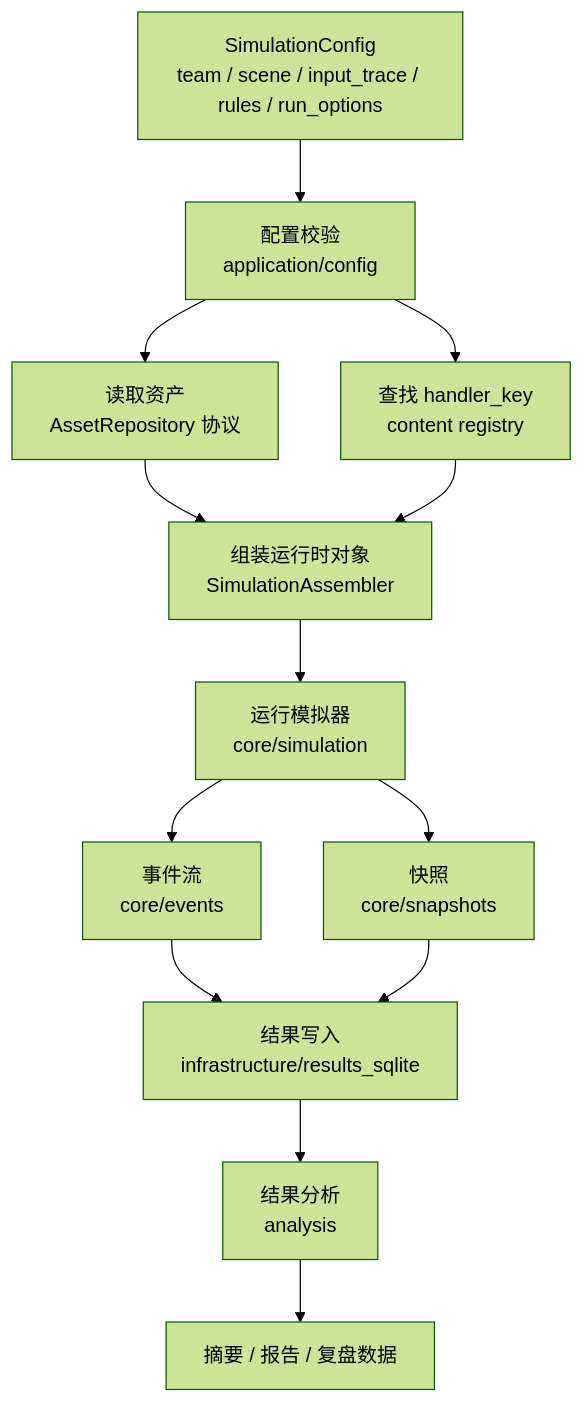
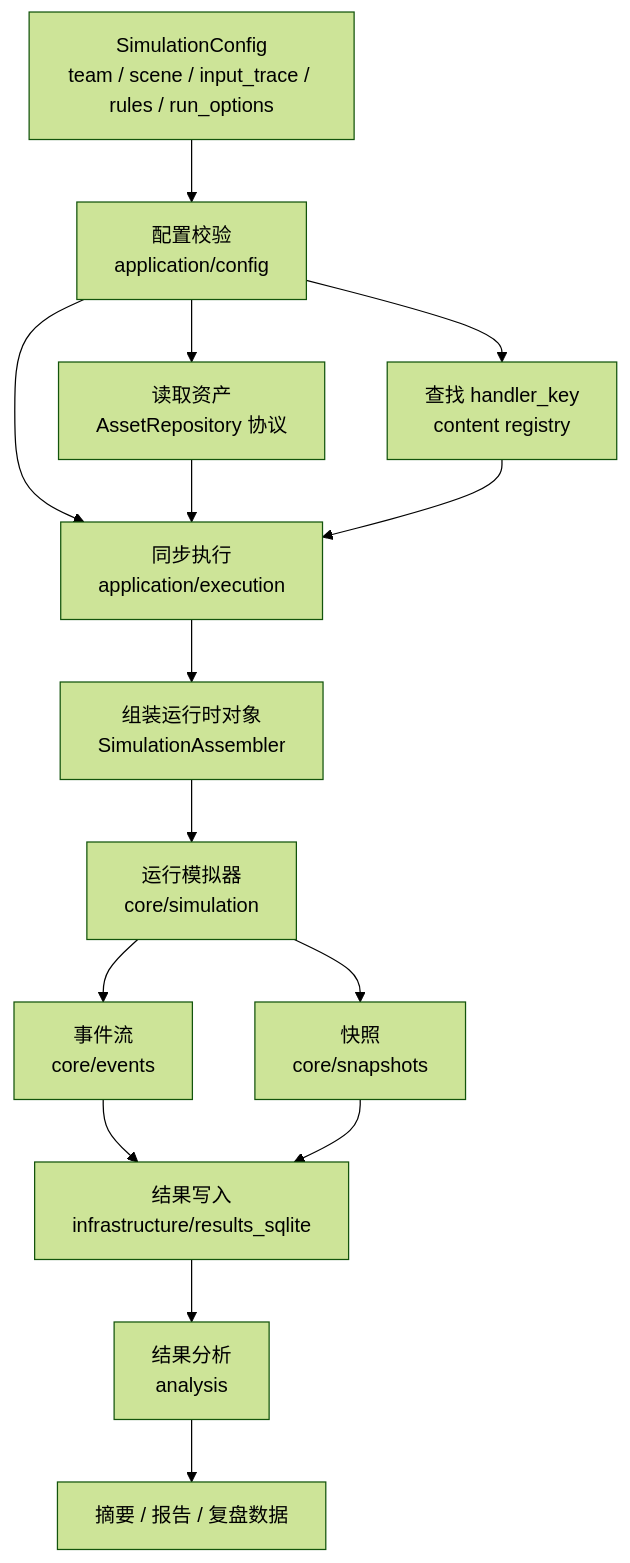
The second of 4 diagrams in docs/架构/当前项目架构流程图.md (MCZME/Genshin-Simulation-Lab), drawn with Mermaid (forest theme) before and after one commit. The commit also changed other lines of this file and 59 other files, not shown here.

````diff
--- a/docs/架构/当前项目架构流程图.md
+++ b/docs/架构/当前项目架构流程图.md
@@ -56,27 +63,30 @@
 ```mermaid
 flowchart TD
     CONFIG["SimulationConfig<br/>team / scene / input_trace / rules / run_options"]
     VALIDATE["配置校验<br/>application/config"]
     ASSET_READ["读取资产<br/>AssetRepository 协议"]
     HANDLER["查找 handler_key<br/>content registry"]
+    EXECUTE["同步执行<br/>application/execution"]
     ASSEMBLE["组装运行时对象<br/>SimulationAssembler"]
     RUN["运行模拟器<br/>core/simulation"]
     EVENTS["事件流<br/>core/events"]
     SNAPSHOT["快照<br/>core/snapshots"]
     RESULT_WRITE["结果写入<br/>infrastructure/results_sqlite"]
     ANALYZE["结果分析<br/>analysis"]
     OUTPUT["摘要 / 报告 / 复盘数据"]
 
     CONFIG --> VALIDATE
     VALIDATE --> ASSET_READ
     VALIDATE --> HANDLER
-    ASSET_READ --> ASSEMBLE
-    HANDLER --> ASSEMBLE
+    VALIDATE --> EXECUTE
+    ASSET_READ --> EXECUTE
+    HANDLER --> EXECUTE
+    EXECUTE --> ASSEMBLE
     ASSEMBLE --> RUN
     RUN --> EVENTS
     RUN --> SNAPSHOT
     EVENTS --> RESULT_WRITE
     SNAPSHOT --> RESULT_WRITE
     RESULT_WRITE --> ANALYZE
     ANALYZE --> OUTPUT
 ```
````
